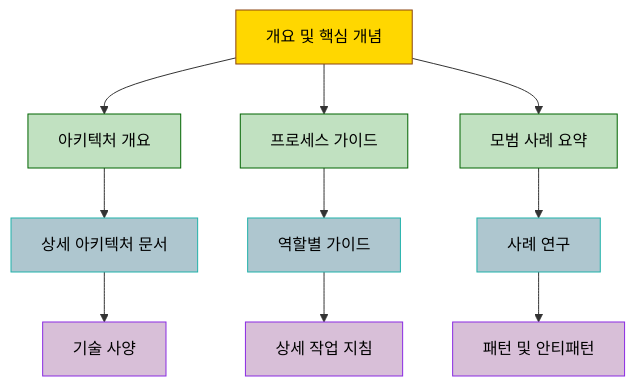
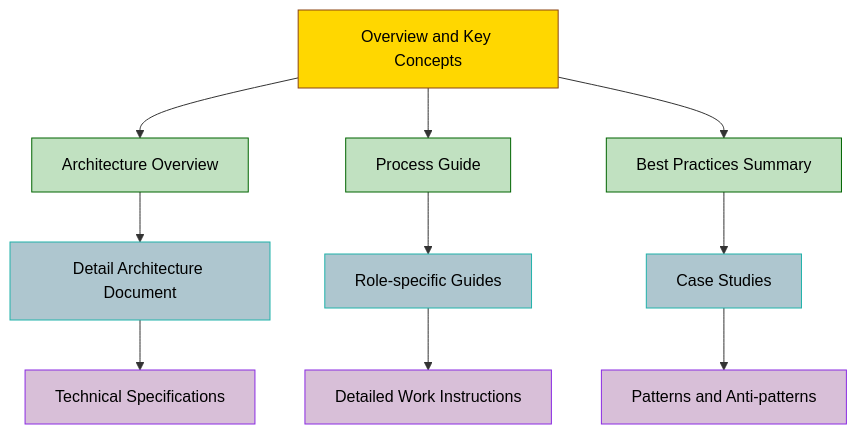
The second of 3 diagrams in 5.prompt-driven-development-methodology-documentation.md (bbalganjjm/prompt-driven-development), drawn with Mermaid before and after one commit. The commit also changed other lines of this file and 3 other files, not shown here.

````diff
--- a/5.prompt-driven-development-methodology-documentation.md
+++ b/5.prompt-driven-development-methodology-documentation.md
@@ -137,26 +135,26 @@
 ```mermaid
 flowchart TD
-    A[개요 및 핵심 개념] --> B[아키텍처 개요]
-    A --> C[프로세스 가이드]
-    A --> D[모범 사례 요약]
+    A[Overview and Key Concepts] --> B[Architecture Overview]
+    A --> C[Process Guide]
+    A --> D[Best Practices Summary]
     
-    B --> E[상세 아키텍처 문서]
-    E --> F[기술 사양]
+    B --> E[Detail Architecture Document]
+    E --> F[Technical Specifications]
     
-    C --> G[역할별 가이드]
-    G --> H[상세 작업 지침]
+    C --> G[Role-specific Guides]
+    G --> H[Detailed Work Instructions]
     
-    D --> I[사례 연구]
-    I --> J[패턴 및 안티패턴]
+    D --> I[Case Studies]
+    I --> J[Patterns and Anti-patterns]
     
     style A fill:#FFD700,stroke:#8B4513,color:#000000
     style B fill:#C1E1C1,stroke:#006400,color:#000000
     style C fill:#C1E1C1,stroke:#006400,color:#000000
     style D fill:#C1E1C1,stroke:#006400,color:#000000
     style E fill:#AEC6CF,stroke:#20B2AA,color:#000000
     style F fill:#D8BFD8,stroke:#8A2BE2,color:#000000
     style G fill:#AEC6CF,stroke:#20B2AA,color:#000000
     style H fill:#D8BFD8,stroke:#8A2BE2,color:#000000
     style I fill:#AEC6CF,stroke:#20B2AA,color:#000000
     style J fill:#D8BFD8,stroke:#8A2BE2,color:#000000
 ```
````
